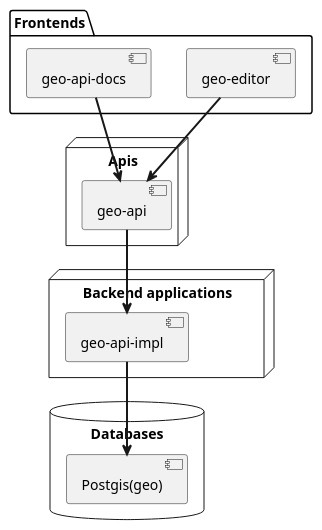
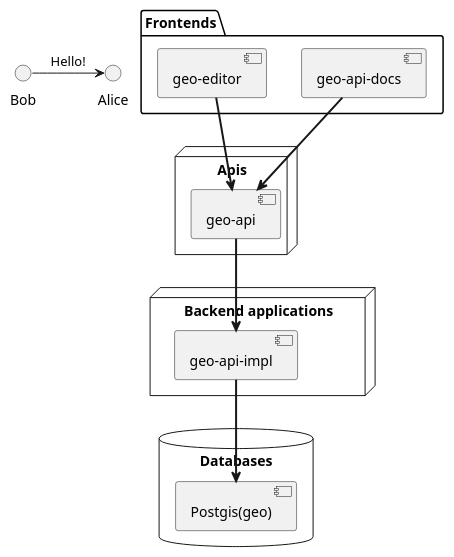
Before and after one commit to Future-Position-X/fpx-monorepo: the diagram in architecture.plantuml, drawn with PlantUML.

```diff
--- a/architecture.plantuml
+++ b/architecture.plantuml
@@ -2,25 +2,27 @@
 @startuml
 
 package "Frontends" {
   [geo-editor]
   [geo-api-docs]
 }
 
 node "Apis" {
   [geo-api]
 }
 
 node "Backend applications" {
   [geo-api-impl] as geoApp
 }
 
 database "Databases" {
     [Postgis(geo)] as geoDb
 }
 
 [geo-editor] ==> [geo-api]
 [geo-api-docs] ==> [geo-api]
 [geo-api] ==> geoApp
 geoApp ==> geoDb
 
+Bob -> Alice: Hello!
+
 @enduml
```
